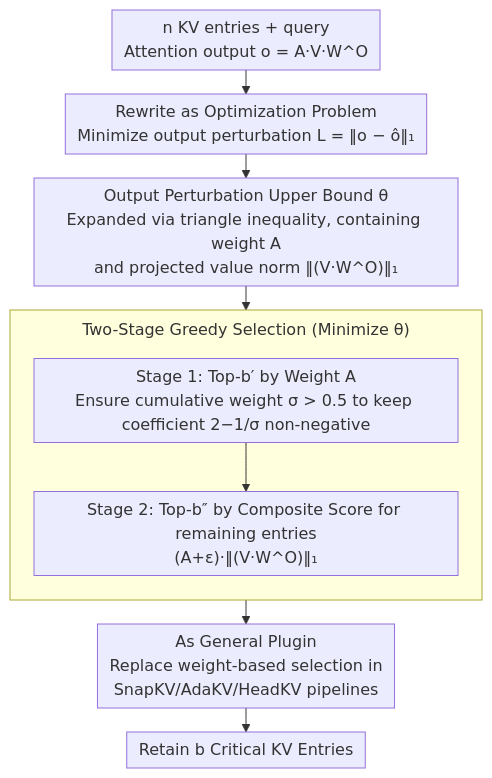
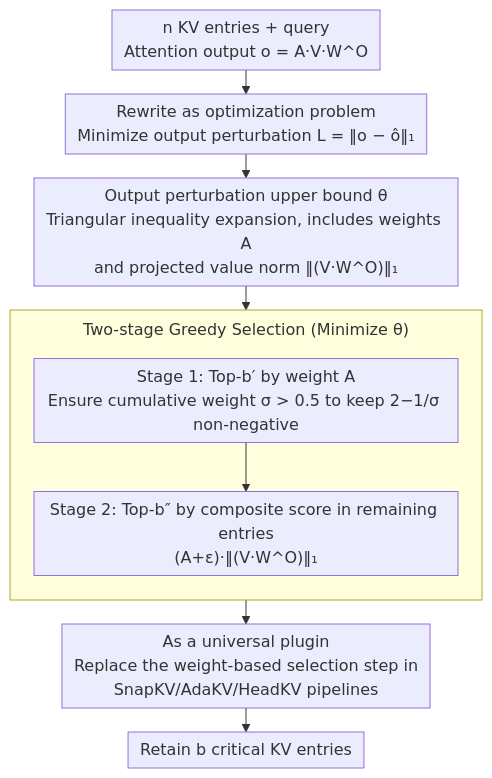
One commit to zhaoyang97/Paper-Notes-en changed the diagram in docs/ICML2026/llm_efficiency/criticalkv_optimizing_kv_cache_eviction_from_an_output_perturbation_perspective.md. Above: the diagram before and after it, drawn with Mermaid. The commit also changed other lines of this file and 5084 other files, not shown here.

````diff
--- a/docs/ICML2026/llm_efficiency/criticalkv_optimizing_kv_cache_eviction_from_an_output_perturbation_perspective.md
+++ b/docs/ICML2026/llm_efficiency/criticalkv_optimizing_kv_cache_eviction_from_an_output_perturbation_perspective.md
@@ -43,15 +43,15 @@
 ```mermaid
 %%{init: {'flowchart': {'rankSpacing': 24, 'nodeSpacing': 28, 'padding': 6, 'wrappingWidth': 400, 'subGraphTitleMargin': {'top': 8, 'bottom': 16}}}}%%
 flowchart TD
-    A["n KV entries + query<br/>Attention output o = A·V·W^O"] --> B["Rewrite as Optimization Problem<br/>Minimize output perturbation L = ‖o − ô‖₁"]
-    B --> C["Output Perturbation Upper Bound θ<br/>Expanded via triangle inequality, containing weight A<br/>and projected value norm ‖(V·W^O)‖₁"]
+    A["n KV entries + query<br/>Attention output o = A·V·W^O"] --> B["Rewrite as optimization problem<br/>Minimize output perturbation L = ‖o − ô‖₁"]
+    B --> C["Output perturbation upper bound θ<br/>Triangular inequality expansion, includes weights A<br/>and projected value norm ‖(V·W^O)‖₁"]
     C --> TS
-    subgraph TS["Two-Stage Greedy Selection (Minimize θ)"]
+    subgraph TS["Two-stage Greedy Selection (Minimize θ)"]
         direction TB
-        D["Stage 1: Top-b′ by Weight A<br/>Ensure cumulative weight σ > 0.5 to keep coefficient 2−1/σ non-negative"]
-        E["Stage 2: Top-b″ by Composite Score for remaining entries<br/>(A+ε)·‖(V·W^O)‖₁"]
+        D["Stage 1: Top-b′ by weight A<br/>Ensure cumulative weight σ > 0.5 to keep 2−1/σ non-negative"]
+        E["Stage 2: Top-b″ by composite score in remaining entries<br/>(A+ε)·‖(V·W^O)‖₁"]
         D --> E
     end
-    TS --> F["As General Plugin<br/>Replace weight-based selection in<br/>SnapKV/AdaKV/HeadKV pipelines"]
-    F --> G["Retain b Critical KV Entries"]
+    TS --> F["As a universal plugin<br/>Replace the weight-based selection step in<br/>SnapKV/AdaKV/HeadKV pipelines"]
+    F --> G["Retain b critical KV entries"]
 ```
````
